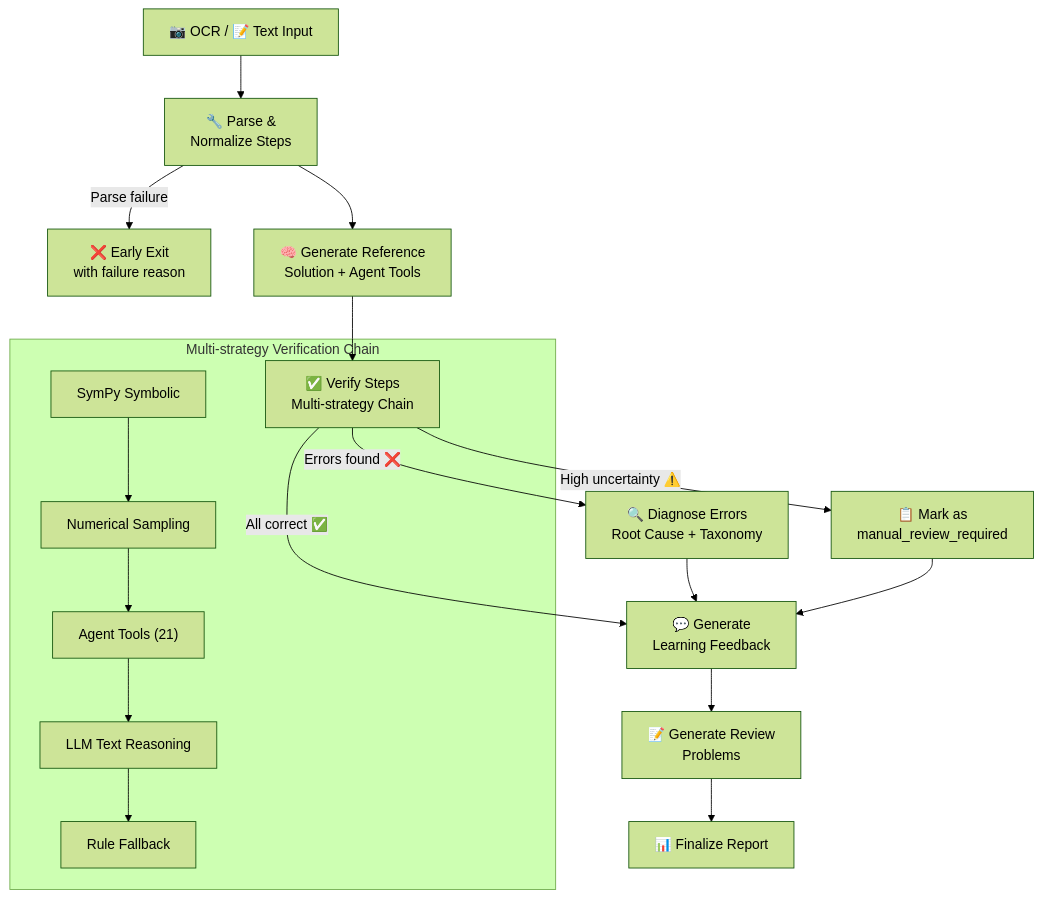
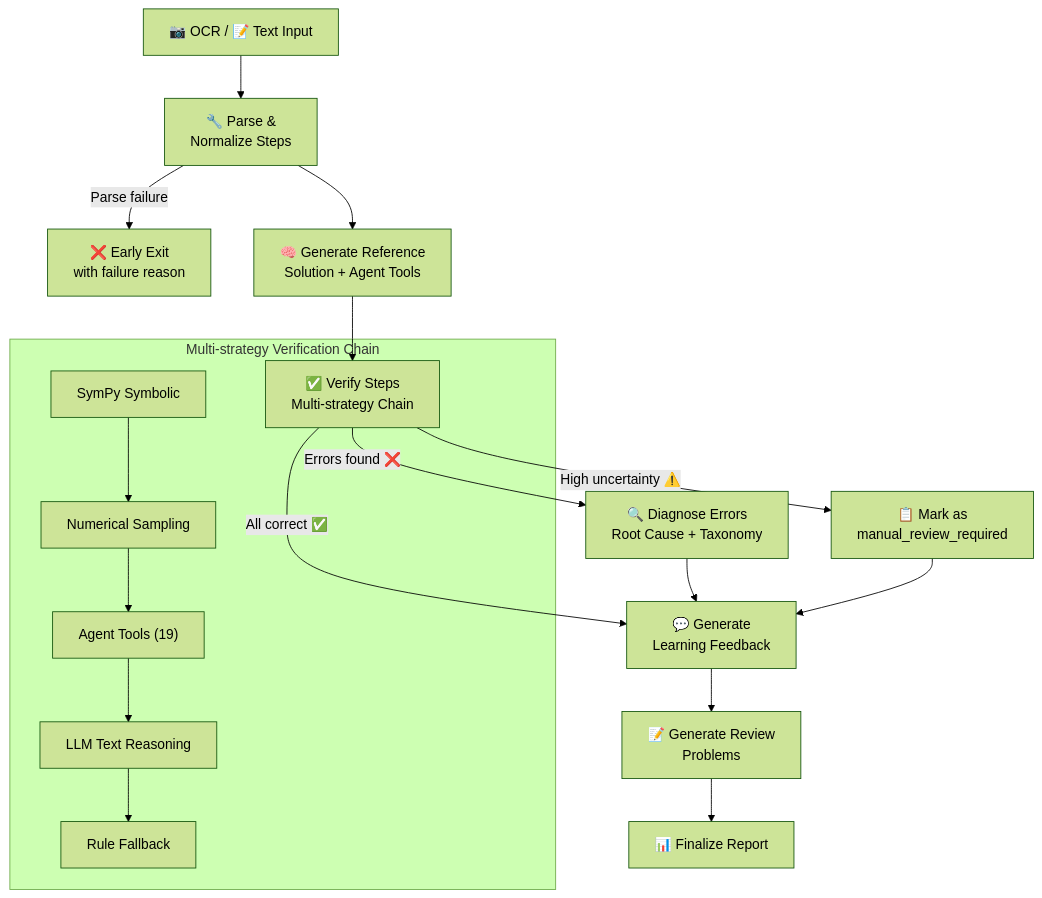
Before and after one commit to ZelinZhou-THU/stem-tutor-agent: the diagram in README.md, drawn with Mermaid (forest theme). The commit also changed other lines of this file and 3 other files, not shown here.

````diff
--- a/README.md
+++ b/README.md
@@ -17,22 +17,22 @@
 ```mermaid
 flowchart TD
     A["📷 OCR / 📝 Text Input"] --> B["🔧 Parse &<br/>Normalize Steps"]
     B -->|Parse failure| EXIT1["❌ Early Exit<br/>with failure reason"]
     B --> C["🧠 Generate Reference<br/>Solution + Agent Tools"]
     C --> D["✅ Verify Steps<br/>Multi-strategy Chain"]
     D -->|All correct ✅| F["💬 Generate<br/>Learning Feedback"]
     D -->|Errors found ❌| E["🔍 Diagnose Errors<br/>Root Cause + Taxonomy"]
     D -->|High uncertainty ⚠️| WARN["📋 Mark as<br/>manual_review_required"]
     E --> F
     WARN --> F
     F --> G["📝 Generate Review<br/>Problems"]
     G --> H["📊 Finalize Report"]
 
     subgraph "Multi-strategy Verification Chain"
         D
         S1["SymPy Symbolic"] --> S2["Numerical Sampling"]
-        S2 --> S3["Agent Tools (21)"]
+        S2 --> S3["Agent Tools (19)"]
         S3 --> S4["LLM Text Reasoning"]
         S4 --> S5["Rule Fallback"]
     end
 ```
````
